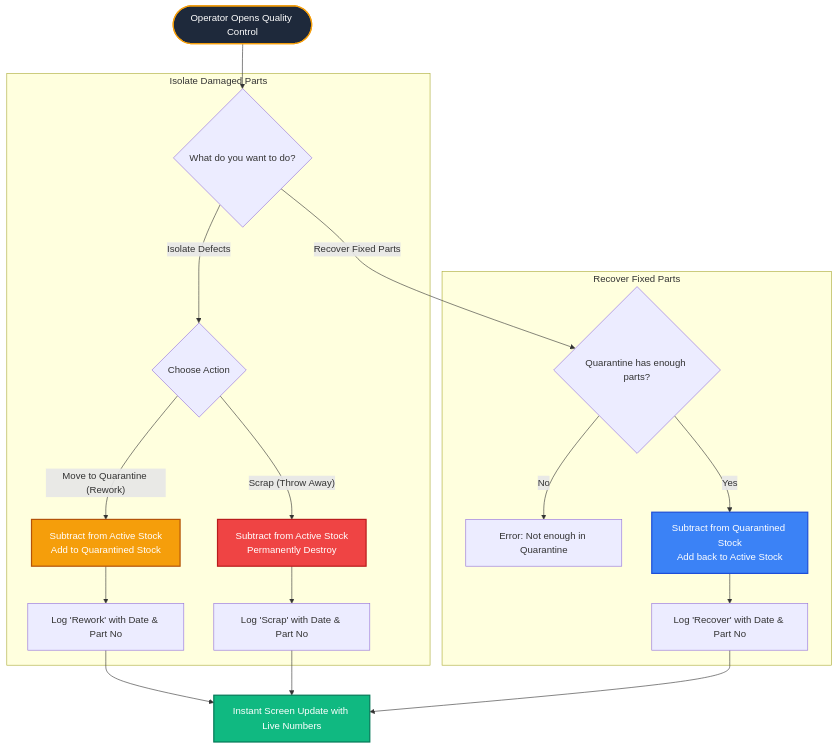
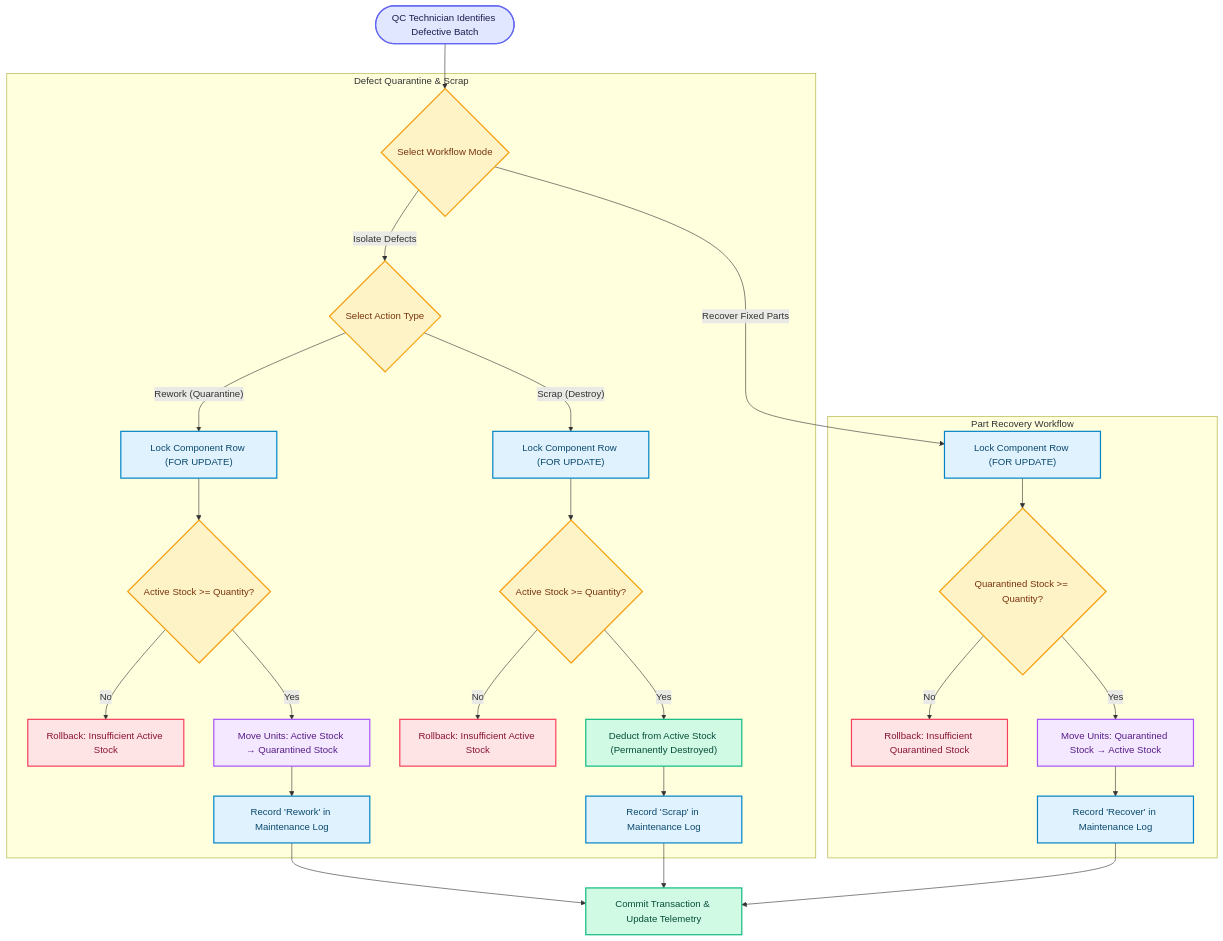
Before and after one commit to Parth-Chavan-15/Code_Blooded-Invictus26: the second of 3 diagrams in README.md, drawn with Mermaid. The commit also changed other lines of this file, not shown here.

Commit message:
docs: polish README with pastel flowcharts, collapsed diagrams, and streamlined testing playbook

````diff
--- a/README.md
+++ b/README.md
@@ -186,31 +195,46 @@
 ```mermaid
 flowchart TD
-    QCStart(["Operator Opens Quality Control"]) --> ChooseMode{"What do you want to do?"}
-    
-    subgraph Defect_Actions ["Isolate Damaged Parts"]
-        ChooseMode -- "Isolate Defects" --> ActionType{"Choose Action"}
+    QCStart(["QC Technician Identifies Defective Batch"]) --> ModeChoice{"Select Workflow Mode"}
+
+    subgraph Defect_Triage ["Defect Quarantine & Scrap"]
+        ModeChoice -- "Isolate Defects" --> ActionSelect{"Select Action Type"}
         
-        ActionType -- "Move to Quarantine (Rework)" --> Rework["Subtract from Active Stock\nAdd to Quarantined Stock"]
-        Rework --> LogRework["Log 'Rework' with Date & Part No"]
+        ActionSelect -- "Rework (Quarantine)" --> LockRework["Lock Component Row (FOR UPDATE)"]
+        LockRework --> CheckActive1{"Active Stock >= Quantity?"}
+        CheckActive1 -- "No" --> AbortRework["Rollback: Insufficient Active Stock"]
+        CheckActive1 -- "Yes" --> ExecRework["Move Units: Active Stock → Quarantined Stock"]
+        ExecRework --> LogRework["Record 'Rework' in Maintenance Log"]
         
-        ActionType -- "Scrap (Throw Away)" --> Scrap["Subtract from Active Stock\nPermanently Destroy"]
-        Scrap --> LogScrap["Log 'Scrap' with Date & Part No"]
+        ActionSelect -- "Scrap (Destroy)" --> LockScrap["Lock Component Row (FOR UPDATE)"]
+        LockScrap --> CheckActive2{"Active Stock >= Quantity?"}
+        CheckActive2 -- "No" --> AbortScrap["Rollback: Insufficient Active Stock"]
+        CheckActive2 -- "Yes" --> ExecScrap["Deduct from Active Stock (Permanently Destroyed)"]
+        ExecScrap --> LogScrap["Record 'Scrap' in Maintenance Log"]
     end
-    
-    subgraph Recovery_Actions ["Recover Fixed Parts"]
-        ChooseMode -- "Recover Fixed Parts" --> CheckQStock{"Quarantine has enough parts?"}
-        CheckQStock -- "No" --> FailRecover["Error: Not enough in Quarantine"]
-        CheckQStock -- "Yes" --> Recover["Subtract from Quarantined Stock\nAdd back to Active Stock"]
-        Recover --> LogRecover["Log 'Recover' with Date & Part No"]
+
+    subgraph Defect_Recovery ["Part Recovery Workflow"]
+        ModeChoice -- "Recover Fixed Parts" --> LockRecover["Lock Component Row (FOR UPDATE)"]
+        LockRecover --> CheckQuarantine{"Quarantined Stock >= Quantity?"}
+        CheckQuarantine -- "No" --> AbortRecover["Rollback: Insufficient Quarantined Stock"]
+        CheckQuarantine -- "Yes" --> ExecRecover["Move Units: Quarantined Stock → Active Stock"]
+        ExecRecover --> LogRecover["Record 'Recover' in Maintenance Log"]
     end
-    
-    LogRework --> UpdateUI["Instant Screen Update with Live Numbers"]
-    LogScrap --> UpdateUI
-    LogRecover --> UpdateUI
 
-    style QCStart fill:#1E293B,stroke:#F59E0B,stroke-width:2px,color:#FFFFFF
-    style Rework fill:#F59E0B,stroke:#B45309,stroke-width:2px,color:#FFFFFF
-    style Scrap fill:#EF4444,stroke:#B91C1C,stroke-width:2px,color:#FFFFFF
-    style Recover fill:#3B82F6,stroke:#1D4ED8,stroke-width:2px,color:#FFFFFF
-    style UpdateUI fill:#10B981,stroke:#047857,stroke-width:2px,color:#FFFFFF
+    LogRework --> CommitQC["Commit Transaction & Update Telemetry"]
+    LogScrap --> CommitQC
+    LogRecover --> CommitQC
+
+    classDef startNode fill:#E0E7FF,stroke:#6366F1,stroke-width:2px,color:#1E1B4B;
+    classDef processNode fill:#E0F2FE,stroke:#0284C7,stroke-width:2px,color:#0C4A6E;
+    classDef decisionNode fill:#FEF3C7,stroke:#F59E0B,stroke-width:2px,color:#78350F;
+    classDef errorNode fill:#FFE4E6,stroke:#F43F5E,stroke-width:2px,color:#881337;
+    classDef successNode fill:#D1FAE5,stroke:#10B981,stroke-width:2px,color:#064E3B;
+    classDef quarantineNode fill:#F3E8FF,stroke:#A855F7,stroke-width:2px,color:#581C87;
+
+    class QCStart startNode;
+    class LockRework,LockScrap,LockRecover,LogRework,LogScrap,LogRecover processNode;
+    class ModeChoice,ActionSelect,CheckActive1,CheckActive2,CheckQuarantine decisionNode;
+    class AbortRework,AbortScrap,AbortRecover errorNode;
+    class ExecRework,ExecRecover quarantineNode;
+    class ExecScrap,CommitQC successNode;
 ```
````
